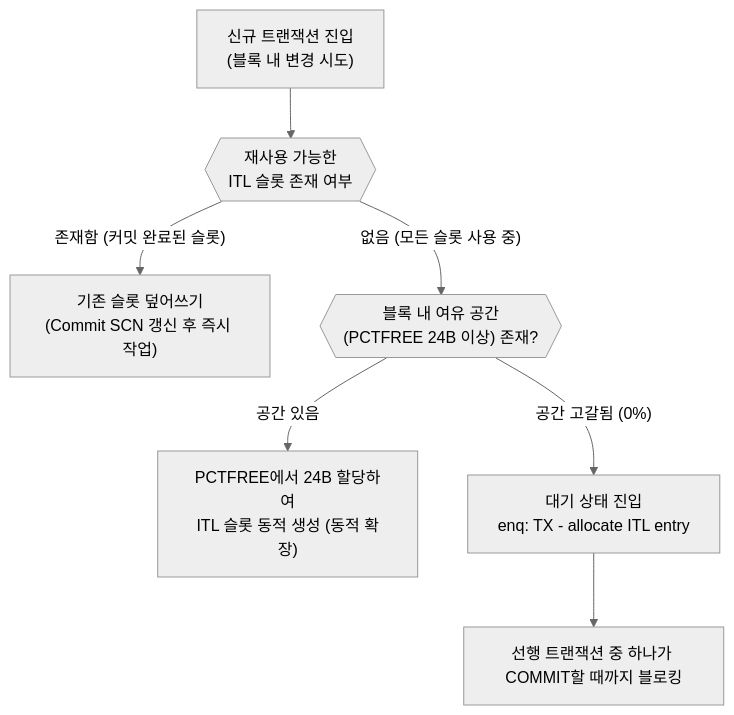
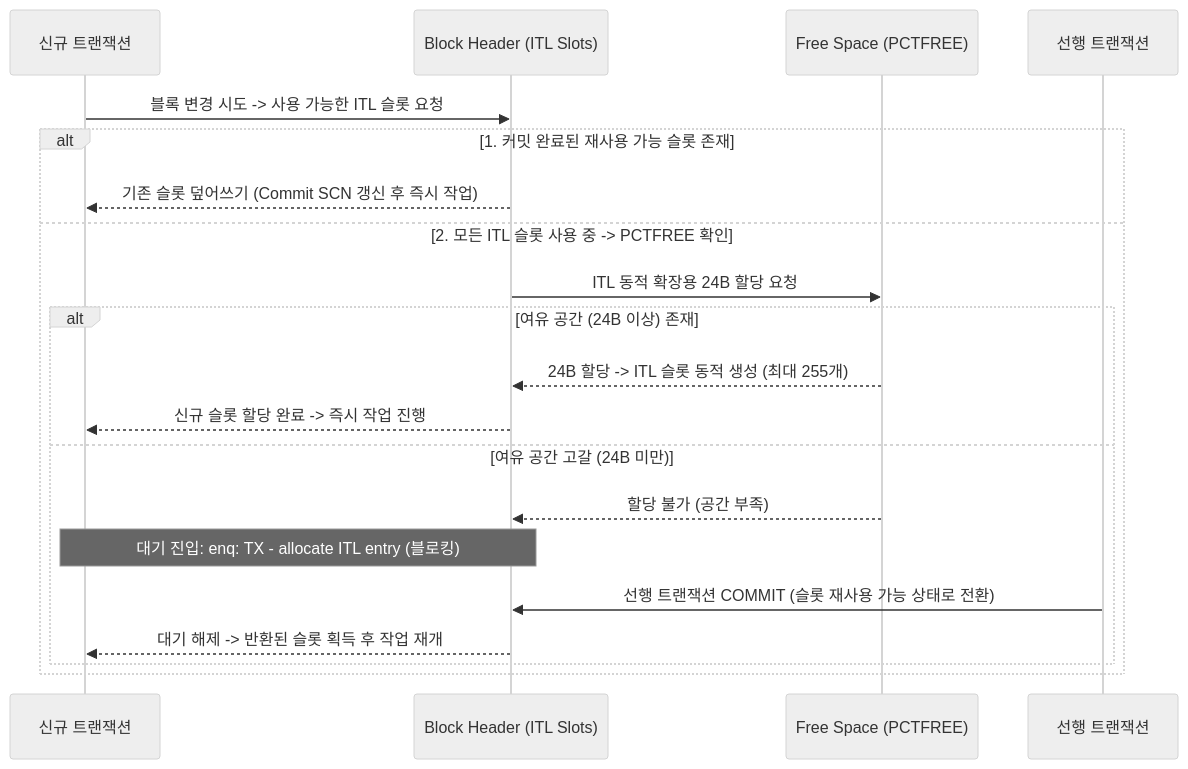
One commit to djpibo/djpibo.github.io changed the second of 9 diagrams in docs/dbms/oracle/high-concurrency-insert-itl-and-index-split.md. Above: the diagram before and after it, drawn with Mermaid (neutral theme). The commit also changed other lines of this file, not shown here.

Commit message:
docs(oracle): convert ITL allocation Figure 2 to sequenceDiagram

````diff
--- a/docs/dbms/oracle/high-concurrency-insert-itl-and-index-split.md
+++ b/docs/dbms/oracle/high-concurrency-insert-itl-and-index-split.md
@@ -62,14 +62,24 @@
 ```mermaid
-flowchart TD
-    A["신규 트랜잭션 진입<br/>(블록 내 변경 시도)"] --> B{{"재사용 가능한<br/>ITL 슬롯 존재 여부"}}
-    B -- "존재함 (커밋 완료된 슬롯)" --> C["기존 슬롯 덮어쓰기<br/>(Commit SCN 갱신 후 즉시 작업)"]
-    B -- "없음 (모든 슬롯 사용 중)" --> D{{"블록 내 여유 공간<br/>(PCTFREE 24B 이상) 존재?"}}
-    D -- "공간 있음" --> E["PCTFREE에서 24B 할당하여<br/>ITL 슬롯 동적 생성 (동적 확장)"]
-    D -- "공간 고갈됨 (0%)" --> F["대기 상태 진입<br/>enq: TX - allocate ITL entry"]
-    F --> G["선행 트랜잭션 중 하나가 COMMIT할 때까지 블로킹"]
+sequenceDiagram
+    participant TxN as 신규 트랜잭션
+    participant Header as Block Header (ITL Slots)
+    participant Free as Free Space (PCTFREE)
+    participant Tx1 as 선행 트랜잭션
 
-    class A action;
-    class B,D branch;
-    class C,E normal;
-    class F,G alert;
+    TxN->>Header: 블록 변경 시도 -> 사용 가능한 ITL 슬롯 요청
+
+    alt 1. 커밋 완료된 재사용 가능 슬롯 존재
+        Header-->>TxN: 기존 슬롯 덮어쓰기 (Commit SCN 갱신 후 즉시 작업)
+    else 2. 모든 ITL 슬롯 사용 중 -> PCTFREE 확인
+        Header->>Free: ITL 동적 확장용 24B 할당 요청
+        alt 여유 공간 (24B 이상) 존재
+            Free-->>Header: 24B 할당 -> ITL 슬롯 동적 생성 (최대 255개)
+            Header-->>TxN: 신규 슬롯 할당 완료 -> 즉시 작업 진행
+        else 여유 공간 고갈 (24B 미만)
+            Free-->>Header: 할당 불가 (공간 부족)
+            Note over TxN,Header: 대기 진입: enq: TX - allocate ITL entry (블로킹)
+            Tx1->>Header: 선행 트랜잭션 COMMIT (슬롯 재사용 가능 상태로 전환)
+            Header-->>TxN: 대기 해제 -> 반환된 슬롯 획득 후 작업 재개
+        end
+    end
 ```
````
